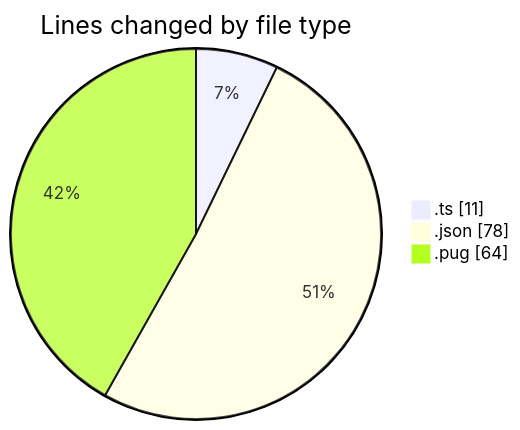
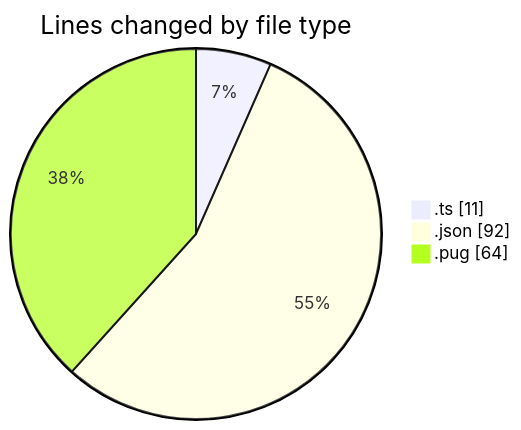
The first of 2 diagrams in 2025-02-24/cda/README.md (momahboobian/code-tracking), drawn with Mermaid before and after one commit. The commit also changed other lines of this file and 1 other file, not shown here.

````diff
--- a/2025-02-24/cda/README.md
+++ b/2025-02-24/cda/README.md
@@ -25,7 +26,7 @@
 ```mermaid
 pie showData
 title Lines changed by file type
 ".ts" : 11
-".json" : 78
+".json" : 92
 ".pug" : 64
 ```
````
